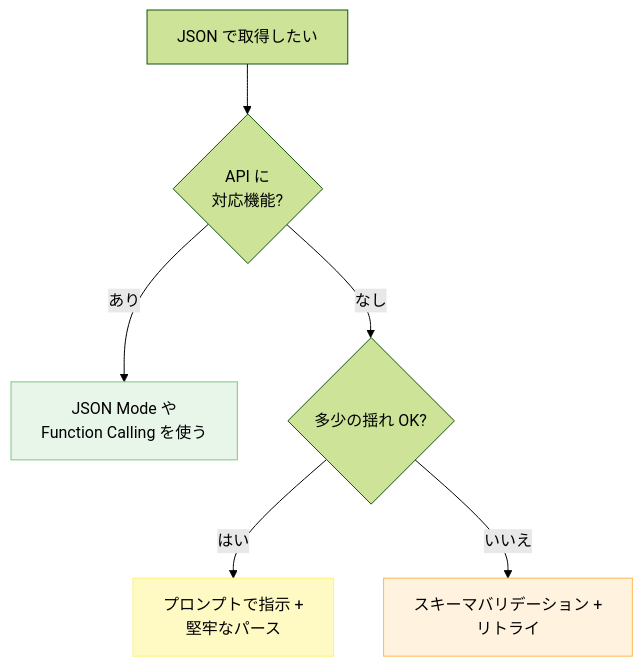
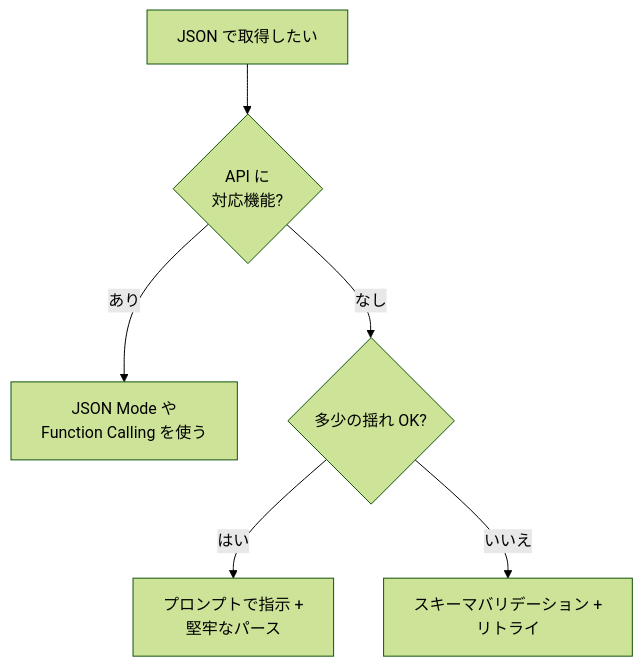
Before and after one commit to dinekt/dinekt-wiki: the first of 2 diagrams in docs/techniques/llm-から構造化-json-を確実に取り出す.md, drawn with Mermaid (forest theme). The commit also changed other lines of this file and 70 other files, not shown here.

First line of the commit message:
fix(mermaid): strip all inline styling, rely on theme

````diff
--- a/docs/techniques/llm-から構造化-json-を確実に取り出す.md
+++ b/docs/techniques/llm-から構造化-json-を確実に取り出す.md
@@ -23,12 +23,9 @@
 ```mermaid
 flowchart TD
     Q[JSON で取得したい] --> A{API に<br/>対応機能?}
     A -->|あり| B[JSON Mode や<br/>Function Calling を使う]
     A -->|なし| C{多少の揺れ OK?}
     C -->|はい| D[プロンプトで指示 +<br/>堅牢なパース]
     C -->|いいえ| E[スキーマバリデーション +<br/>リトライ]
 
-    style B fill:#e8f5e9,stroke:#81c784,color:#000
-    style D fill:#fff9c4,stroke:#fff176,color:#000
-    style E fill:#fff3e0,stroke:#ffb74d,color:#000
 ```
````
